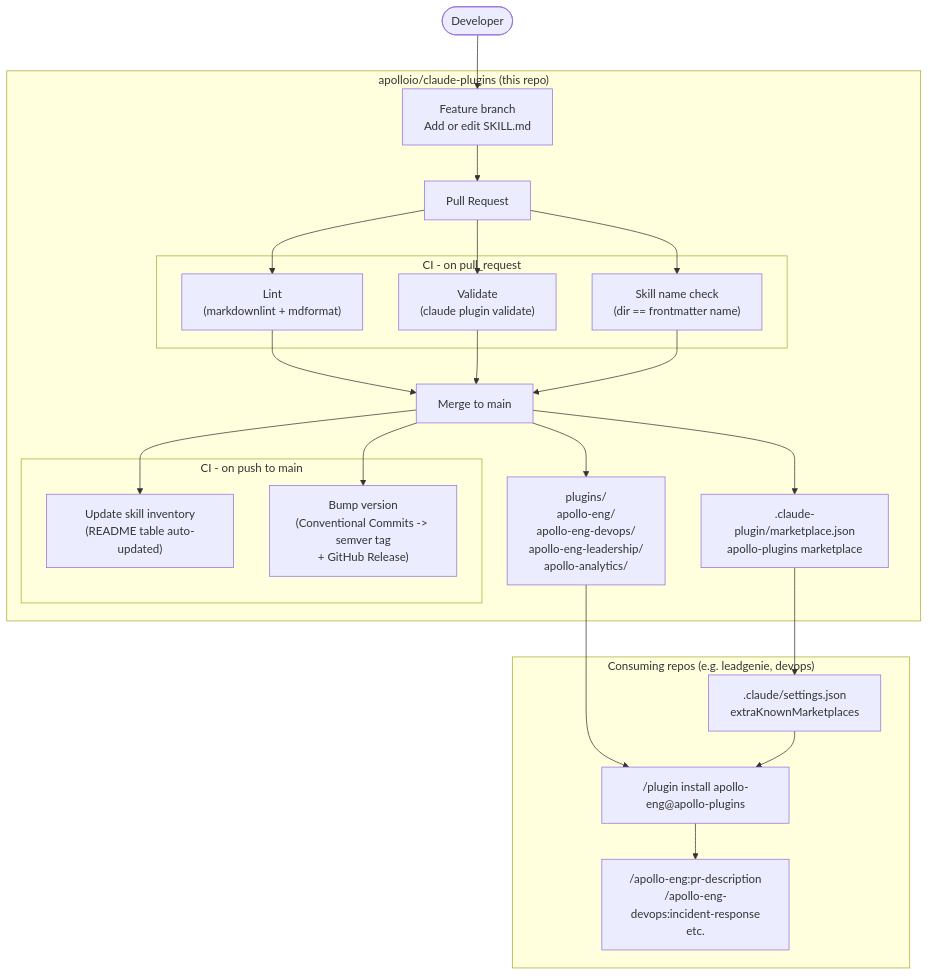
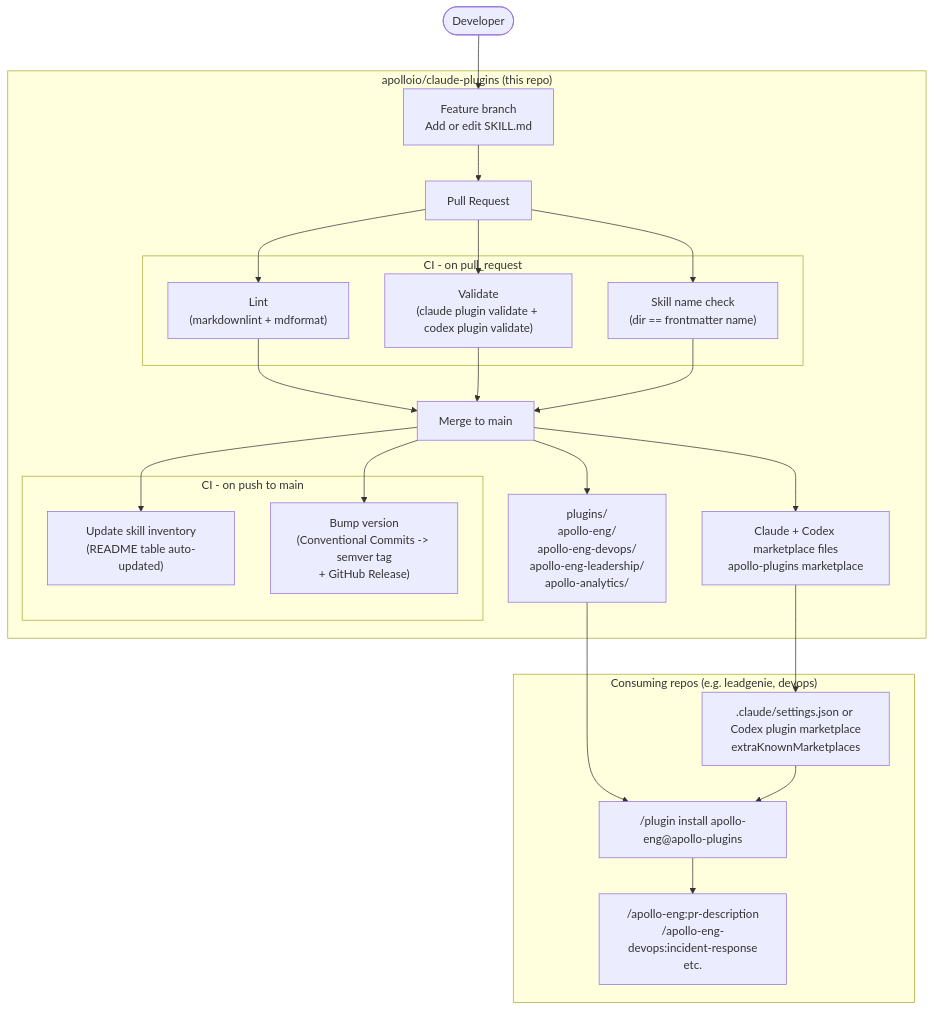
One commit to adzuci/claude-plugins changed the diagram in README.md. Above: the diagram before and after it, drawn with Mermaid. The commit also changed other lines of this file and 2 other files, not shown here.

First line of the commit message:
feat: add Codex marketplace alongside Claude Code (#75)

````diff
--- a/README.md
+++ b/README.md
@@ -410,45 +457,45 @@
 ```mermaid
 flowchart TD
     dev([Developer])
 
     subgraph repo["apolloio/claude-plugins (this repo)"]
         branch["Feature branch<br/>Add or edit SKILL.md"]
         pr["Pull Request"]
 
         subgraph ci_pr["CI - on pull_request"]
             lint["Lint<br/>(markdownlint + mdformat)"]
-            validate["Validate<br/>(claude plugin validate)"]
+            validate["Validate<br/>(claude plugin validate + codex plugin validate)"]
             namecheck["Skill name check<br/>(dir == frontmatter name)"]
         end
 
         merge["Merge to main"]
 
         subgraph ci_main["CI - on push to main"]
             inventory["Update skill inventory<br/>(README table auto-updated)"]
             bump["Bump version<br/>(Conventional Commits -> semver tag<br/>+ GitHub Release)"]
         end
 
-        marketplace[".claude-plugin/marketplace.json<br/>apollo-plugins marketplace"]
+        marketplace["Claude + Codex marketplace files<br/>apollo-plugins marketplace"]
         plugins["plugins/<br/>apollo-eng/<br/>apollo-eng-devops/<br/>apollo-eng-leadership/<br/>apollo-analytics/"]
     end
 
     subgraph consumers["Consuming repos (e.g. leadgenie, devops)"]
-        settings[".claude/settings.json<br/>extraKnownMarketplaces"]
+        settings[".claude/settings.json or Codex plugin marketplace<br/>extraKnownMarketplaces"]
         install["/plugin install apollo-eng@apollo-plugins"]
         skill["/apollo-eng:pr-description<br/>/apollo-eng-devops:incident-response<br/>etc."]
     end
 
     dev --> branch --> pr --> lint
     pr --> validate
     pr --> namecheck
     lint --> merge
     validate --> merge
     namecheck --> merge
     merge --> inventory
     merge --> bump
     merge --> marketplace
     merge --> plugins
     marketplace --> settings
     plugins --> install
     settings --> install --> skill
 ```
````
